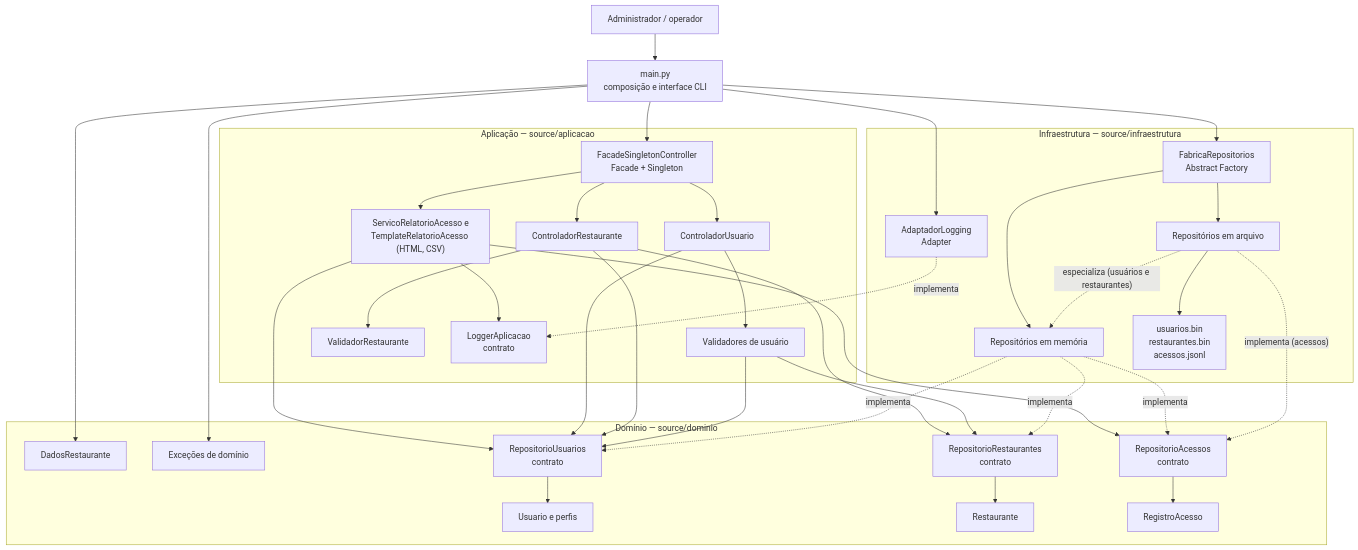
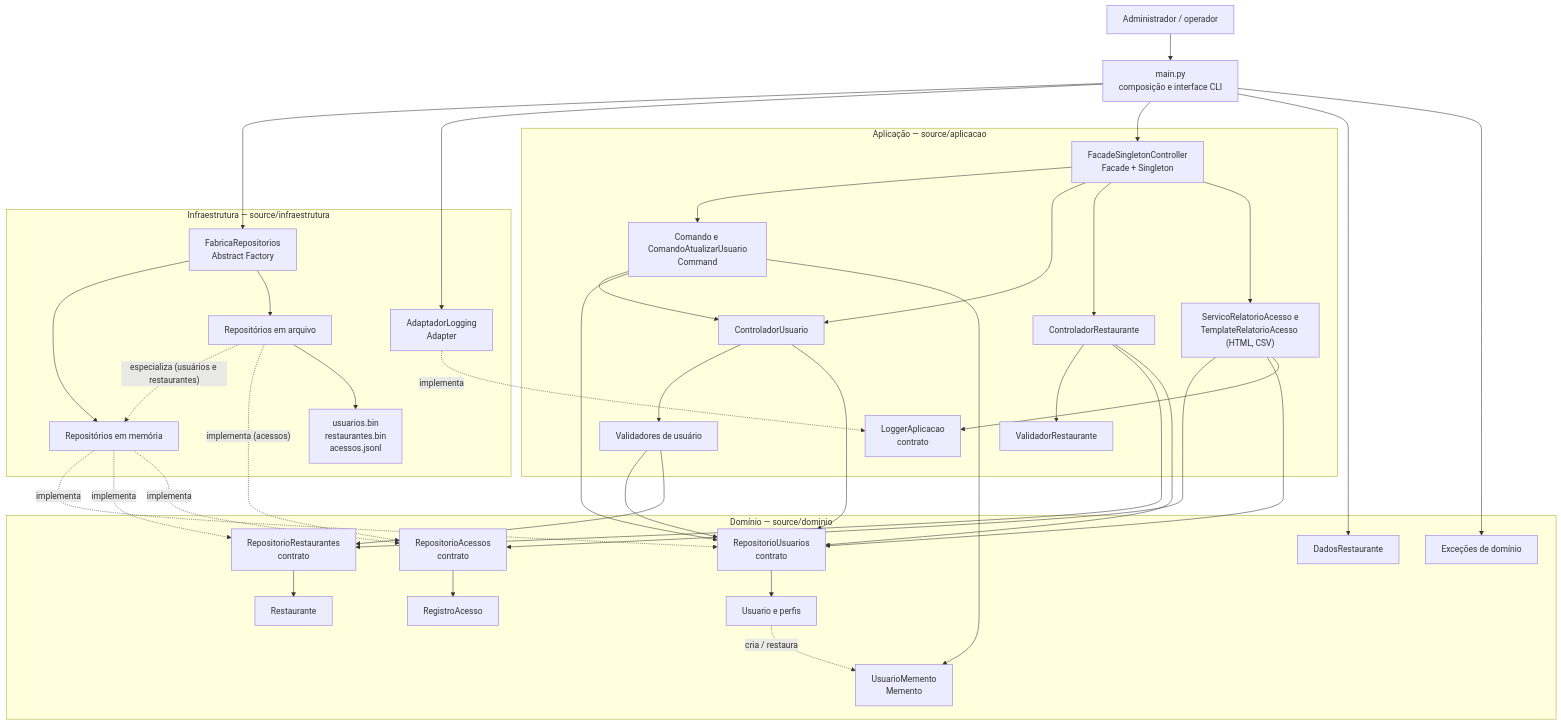
The diagram in docs/07-arquitetura/arquitetura-logica.md (henriquesantos007/Sistema-de-Agendamento-de-Almoco), drawn with Mermaid before and after one commit. The commit also changed other lines of this file, not shown here.

Commit message:
docs(arquitetura): atualizar arquitetura logica com Command, Memento e fluxo de desfazimento

````diff
--- a/docs/07-arquitetura/arquitetura-logica.md
+++ b/docs/07-arquitetura/arquitetura-logica.md
@@ -11,66 +11,73 @@
 ```mermaid
 flowchart TB
     Cliente["Administrador / operador"]
     Main["main.py<br/>composição e interface CLI"]
 
     subgraph Aplicacao["Aplicação — source/aplicacao"]
         Facade["FacadeSingletonController<br/>Facade + Singleton"]
+        Comandos["Comando e ComandoAtualizarUsuario<br/>Command"]
         CUsuario["ControladorUsuario"]
         CRestaurante["ControladorRestaurante"]
         VUsuario["Validadores de usuário"]
         VRestaurante["ValidadorRestaurante"]
         Relatorios["ServicoRelatorioAcesso e<br/>TemplateRelatorioAcesso (HTML, CSV)"]
         Logger["LoggerAplicacao<br/>contrato"]
     end
 
     subgraph Dominio["Domínio — source/dominio"]
         Usuario["Usuario e perfis"]
+        Memento["UsuarioMemento<br/>Memento"]
         Restaurante["Restaurante"]
         DadosRestaurante["DadosRestaurante"]
         Acesso["RegistroAcesso"]
         Erros["Exceções de domínio"]
         RUsuarios["RepositorioUsuarios<br/>contrato"]
         RRestaurantes["RepositorioRestaurantes<br/>contrato"]
         RAcessos["RepositorioAcessos<br/>contrato"]
     end
 
     subgraph Infra["Infraestrutura — source/infraestrutura"]
         Fabrica["FabricaRepositorios<br/>Abstract Factory"]
         Memoria["Repositórios em memória"]
         Arquivo["Repositórios em arquivo"]
         Dados["usuarios.bin<br/>restaurantes.bin<br/>acessos.jsonl"]
         Adaptador["AdaptadorLogging<br/>Adapter"]
     end
 
     Cliente --> Main
     Main --> Fabrica
     Main --> Adaptador
     Main --> Facade
     Main --> DadosRestaurante
     Main --> Erros
+    Facade --> Comandos
     Facade --> CUsuario
     Facade --> CRestaurante
     Facade --> Relatorios
+    Comandos --> CUsuario
+    Comandos --> RUsuarios
+    Comandos --> Memento
     Relatorios --> RAcessos
     Relatorios --> RUsuarios
     Relatorios --> Logger
     RAcessos --> Acesso
     Adaptador -. implementa .-> Logger
     CUsuario --> VUsuario
     CRestaurante --> VRestaurante
     CUsuario --> RUsuarios
     CRestaurante --> RRestaurantes
     CRestaurante --> RUsuarios
     VUsuario --> RUsuarios
     VUsuario --> RRestaurantes
     RUsuarios --> Usuario
+    Usuario -. cria / restaura .-> Memento
     RRestaurantes --> Restaurante
     Fabrica --> Memoria
     Fabrica --> Arquivo
     Memoria -. implementa .-> RUsuarios
     Memoria -. implementa .-> RRestaurantes
     Memoria -. implementa .-> RAcessos
     Arquivo -. "especializa (usuários e restaurantes)" .-> Memoria
     Arquivo -. "implementa (acessos)" .-> RAcessos
     Arquivo --> Dados
 ```
````
